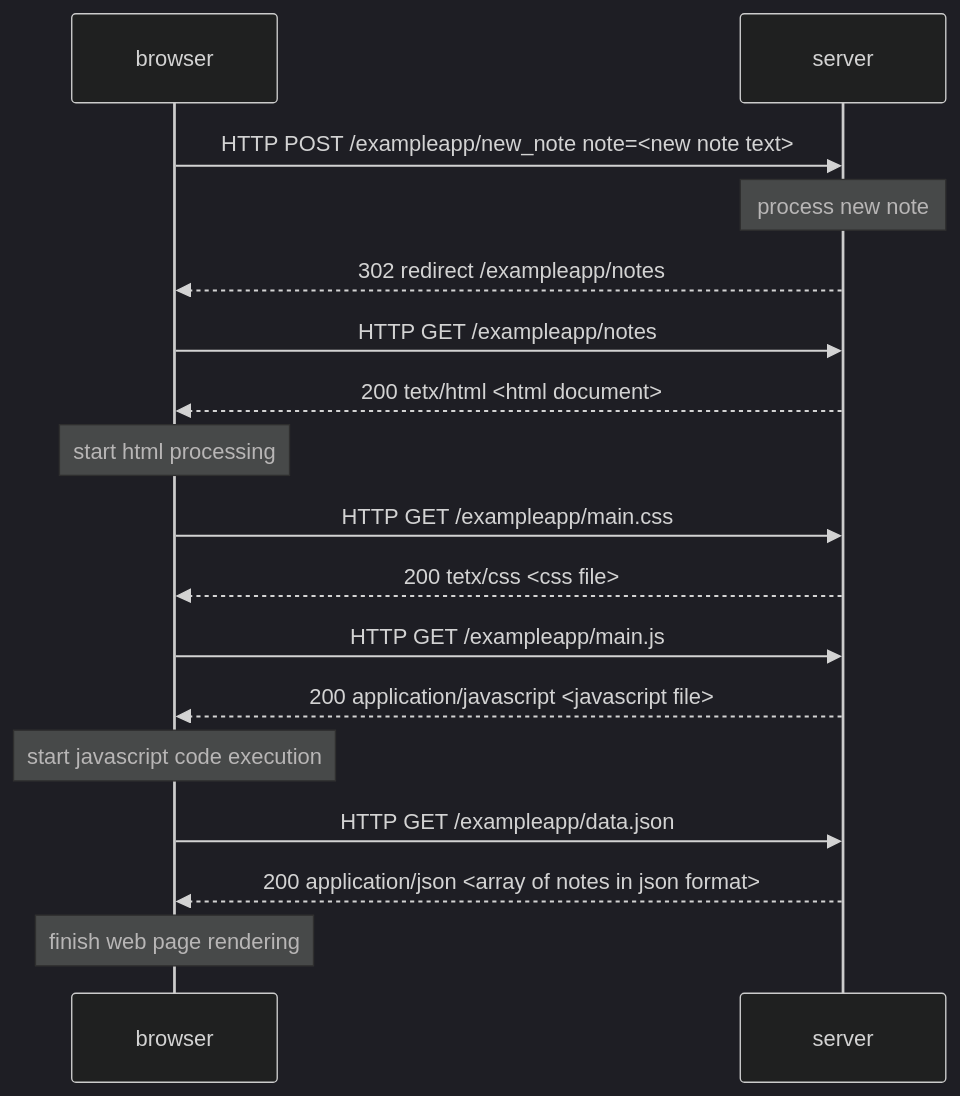
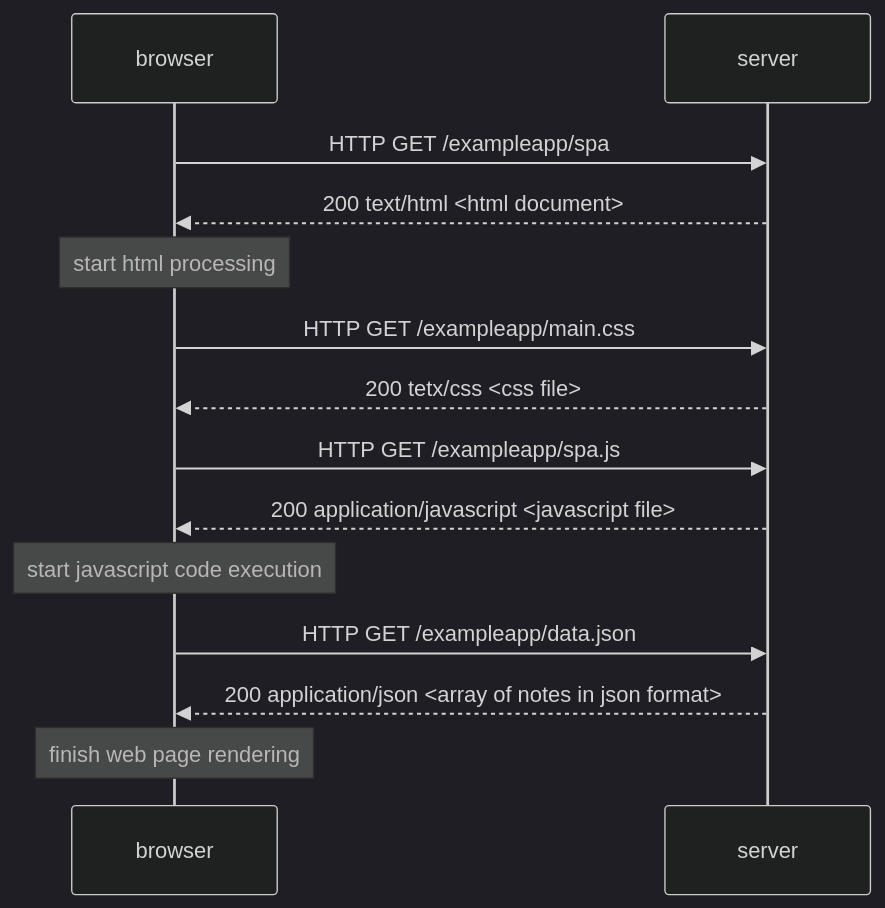
Before and after one commit to MikhailZvagelsky/fullstack: the diagram in part0/0.5-single-page-app-diagram/diagram.md, drawn with Mermaid (dark theme). The commit also changed other lines of this file, not shown here.

Commit message:
Update spa diagram.

````diff
--- a/part0/0.5-single-page-app-diagram/diagram.md
+++ b/part0/0.5-single-page-app-diagram/diagram.md
@@ -6,17 +6,14 @@
 ```mermaid
 sequenceDiagram
-browser->>server: HTTP POST /exampleapp/new_note note=<new note text>
-Note over server: process new note
-server-->>browser: 302 redirect /exampleapp/notes
-browser->>server: HTTP GET /exampleapp/notes
-server-->>browser: 200 tetx/html <html document>
+browser->>server: HTTP GET /exampleapp/spa
+server-->>browser: 200 text/html <html document>
 Note over browser: start html processing
 browser->>server: HTTP GET /exampleapp/main.css
 server-->>browser: 200 tetx/css <css file>
-browser->>server: HTTP GET /exampleapp/main.js
+browser->>server: HTTP GET /exampleapp/spa.js
 server-->>browser: 200 application/javascript <javascript file>
 Note over browser: start javascript code execution
 browser->>server: HTTP GET /exampleapp/data.json
 server-->>browser: 200 application/json <array of notes in json format>
 Note over browser: finish web page rendering
 ```
````
